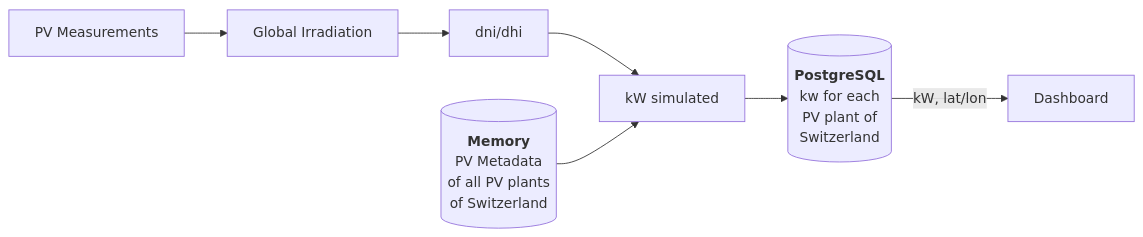
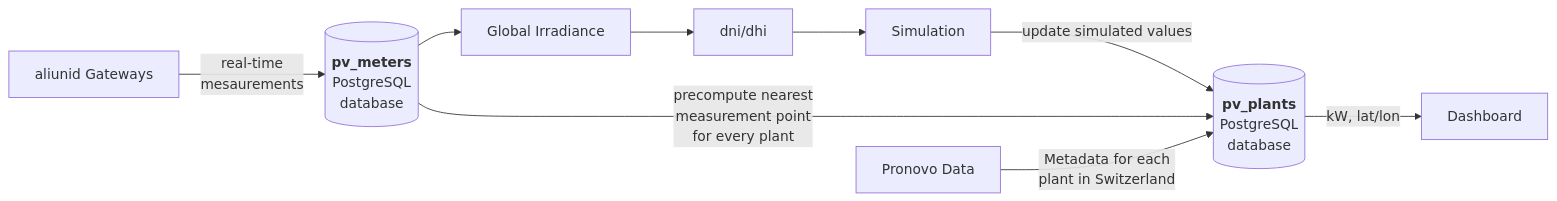
Before and after one commit to simonneidhart/pv_mapping_ch: the diagram in README.md, drawn with Mermaid. The commit also changed other lines of this file, not shown here.

Commit message:
updated architecture graph

````diff
--- a/README.md
+++ b/README.md
@@ -31,15 +32,22 @@
 ```mermaid
 flowchart LR
-  Y -->|kW, lat/lon| Z[Dashboard]
 
-  W[PV Measurements<br>] --> V[Global Irradiation]
 
-  V --> U[dni/dhi]
-  U --> Q[kW simulated]
+  aliunidGW[aliunid Gateways] -->|real-time<br>mesaurements| PsqlMeasurements[(<b>pv_meters</b><br>PostgreSQL<br>database)]
 
-  X[(<b>Memory</b><br>PV Metadata<br>of all PV plants<br>of Switzerland)] --> Q
-  Y[(<b>PostgreSQL</b><br>kw for each<br>PV plant of<br>Switzerland)]
+  PsqlMeasurements --> ghi[Global Irradiance]
 
-  Q --> Y
+  ghi --> dni[dni/dhi]
+
+  dni --> Simulation[Simulation]
+
+  Simulation -->|update simulated values| PsqlPlants
+
+  PsqlMeasurements -->|precompute nearest<br>measurement point<br>for every plant| PsqlPlants[(<b>pv_plants</b><br>PostgreSQL<br>database)]
+
+  Pronovo[Pronovo Data] -->|Metadata for each<br>plant in Switzerland| PsqlPlants
+
+  PsqlPlants -->|kW, lat/lon| Dashboard[Dashboard]
+
 
 ```
````
